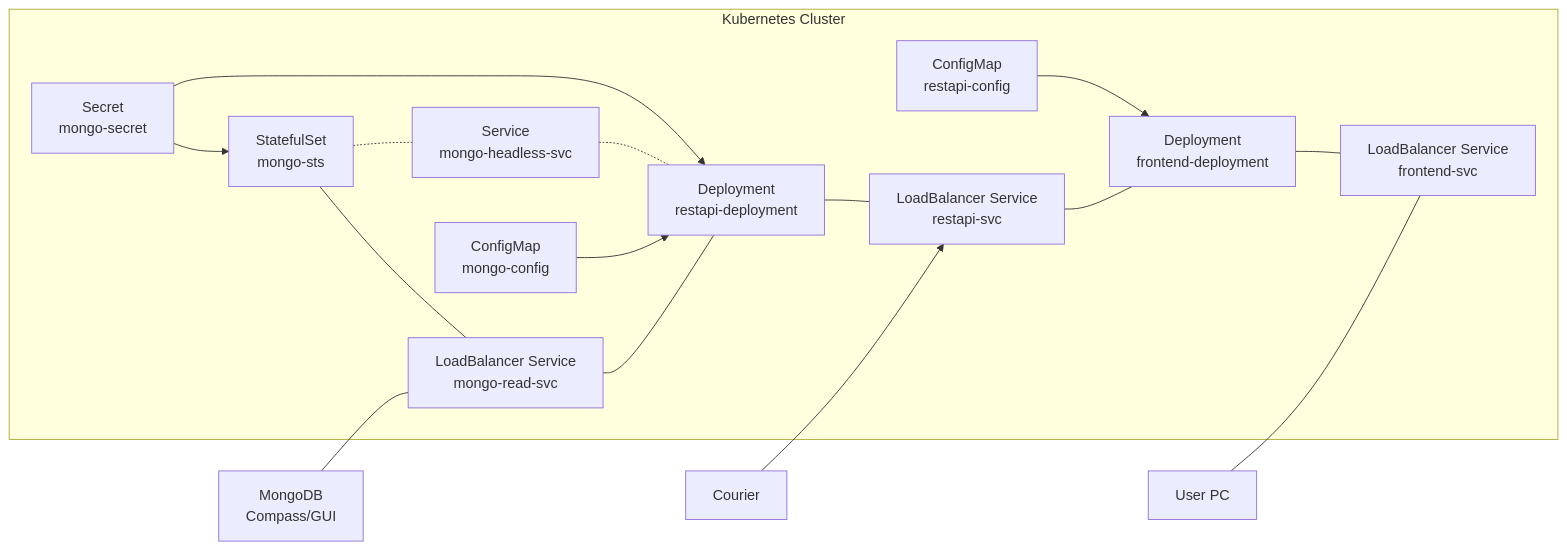
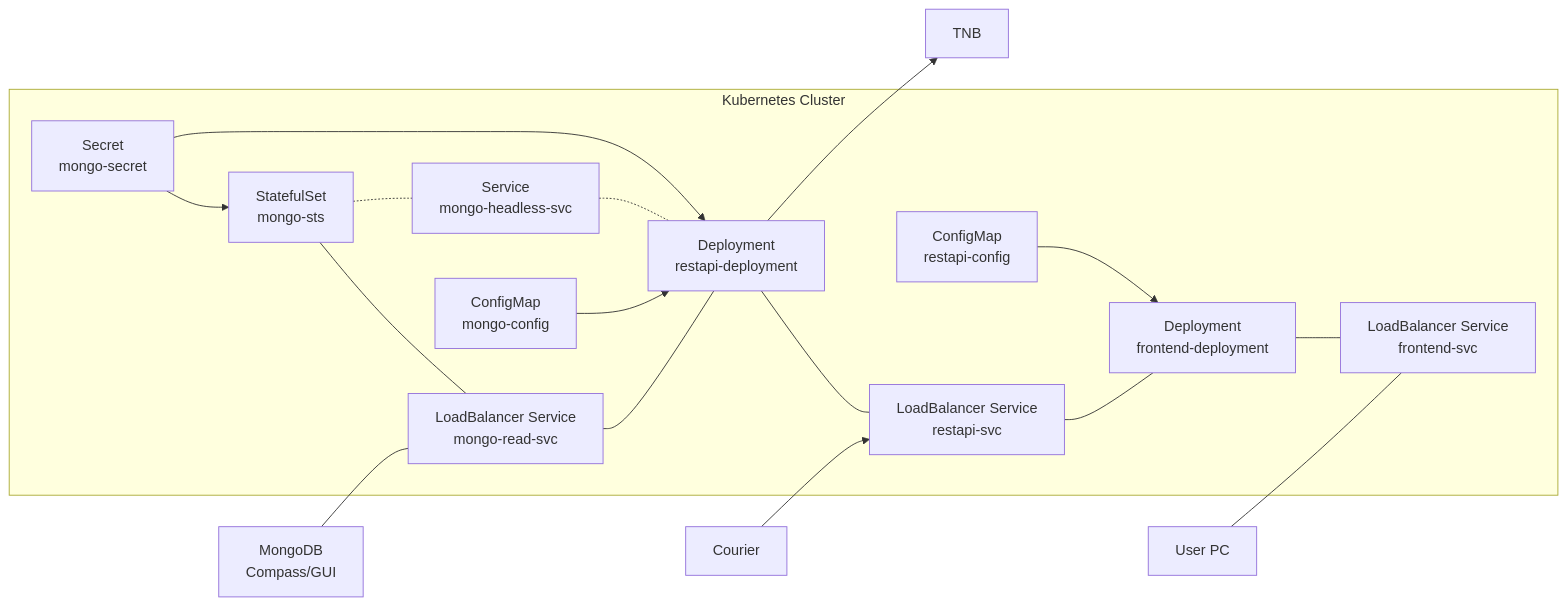
The third of 4 diagrams in docs/Group_2_SS23_ProjectReport.md (ccfrauasgr2/pet-detection), drawn with Mermaid before and after one commit.

Commit message:
add more info to kuber archi

````diff
--- a/docs/Group_2_SS23_ProjectReport.md
+++ b/docs/Group_2_SS23_ProjectReport.md
@@ -121,34 +121,36 @@
 ```mermaid
 flowchart LR
     subgraph Kubernetes Cluster
   
     mongo-sts[StatefulSet\nmongo-sts]
     mongo-read-svc[LoadBalancer Service\nmongo-read-svc]
     mongo-headless-svc[Service\nmongo-headless-svc]
     mongo-secret[Secret\nmongo-secret]
     mongo-config[ConfigMap\nmongo-config]
     frontend-svc[LoadBalancer Service\nfrontend-svc]
     frontend-deployment[Deployment\nfrontend-deployment]
     restapi-config[ConfigMap\nrestapi-config]
     restapi-svc[LoadBalancer Service\nrestapi-svc]
     restapi-deployment[Deployment\nrestapi-deployment]
-
+    
 
     mongo-sts --- mongo-read-svc --- restapi-deployment --- restapi-svc   --- frontend-deployment --- frontend-svc
     mongo-sts -.- mongo-headless-svc -.- restapi-deployment
     mongo-secret --> mongo-sts & restapi-deployment
     mongo-config --> restapi-deployment 
     restapi-config --> frontend-deployment
 
     end
 
     compass[MongoDB\nCompass/GUI]
     user[User PC]
     courier[Courier]
+    tnb[TNB]
 
+    restapi-deployment --> tnb
     compass --- mongo-read-svc
     courier --> restapi-svc
     user --- frontend-svc
     
 
 ```
````
